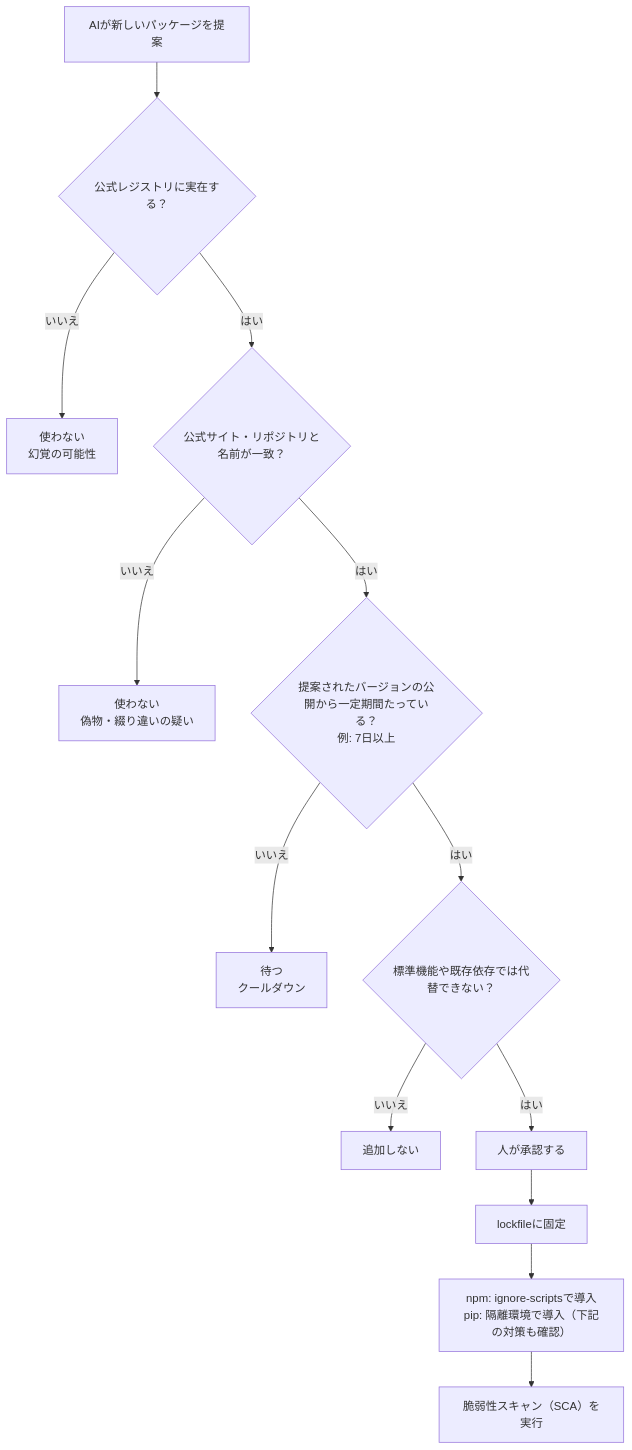
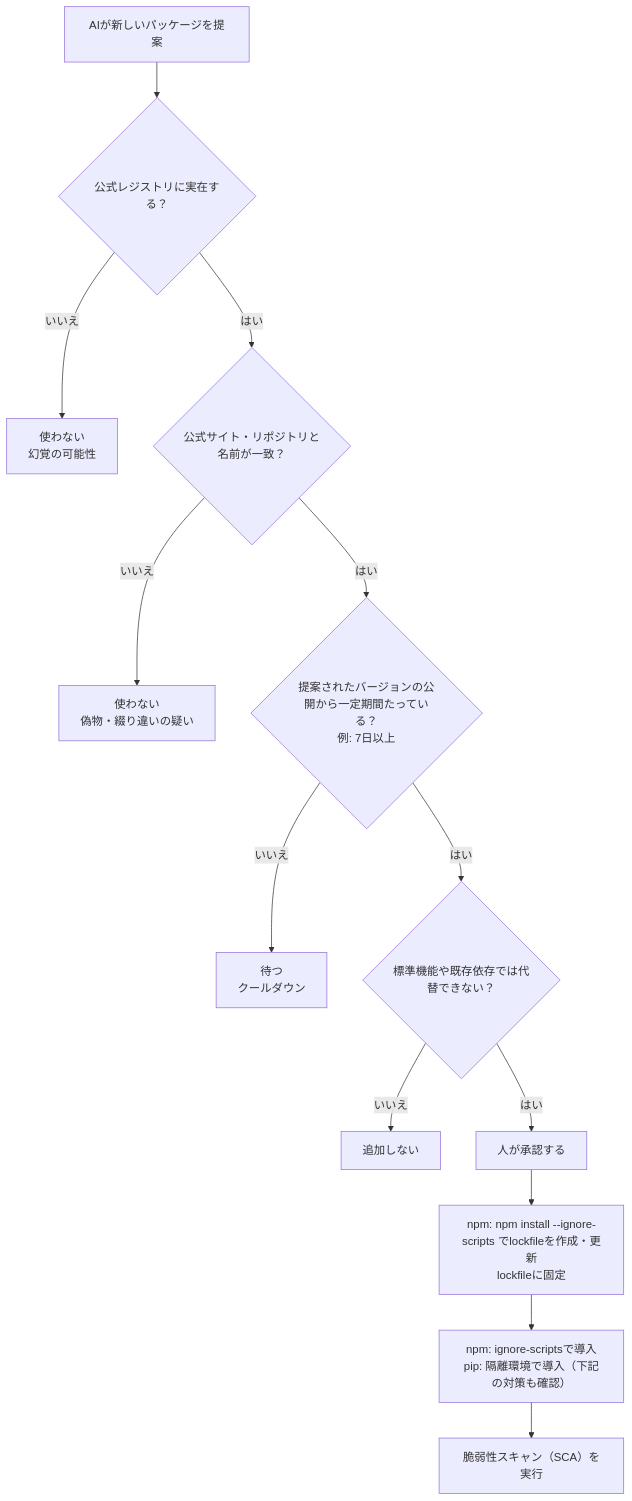
Before and after one commit to myoshi2891/Security_Studies: the sixth of 9 diagrams in Ai-coding-safety-guide.md, drawn with Mermaid. The commit also changed other lines of this file, not shown here.

Commit message:
docs(ai-coding): reinforce npm --ignore-scripts usage and clarify pre-work restore checklist

````diff
--- a/Ai-coding-safety-guide.md
+++ b/Ai-coding-safety-guide.md
@@ -476,15 +476,15 @@
 ```mermaid
 flowchart TD
     A["AIが新しいパッケージを提案"] --> B{"公式レジストリに実在する？"}
     B -->|"いいえ"| X1["使わない<br/>幻覚の可能性"]
     B -->|"はい"| C{"公式サイト・リポジトリと名前が一致？"}
     C -->|"いいえ"| X2["使わない<br/>偽物・綴り違いの疑い"]
     C -->|"はい"| D{"提案されたバージョンの公開から一定期間たっている？<br/>例: 7日以上"}
     D -->|"いいえ"| X3["待つ<br/>クールダウン"]
     D -->|"はい"| E{"標準機能や既存依存では代替できない？"}
     E -->|"いいえ"| X4["追加しない"]
     E -->|"はい"| F["人が承認する"]
-    F --> G["lockfileに固定"]
+    F --> G["npm: npm install --ignore-scripts でlockfileを作成・更新<br/>lockfileに固定"]
     G --> H["npm: ignore-scriptsで導入<br/>pip: 隔離環境で導入（下記の対策も確認）"]
     H --> I["脆弱性スキャン（SCA）を実行"]
 ```
````
